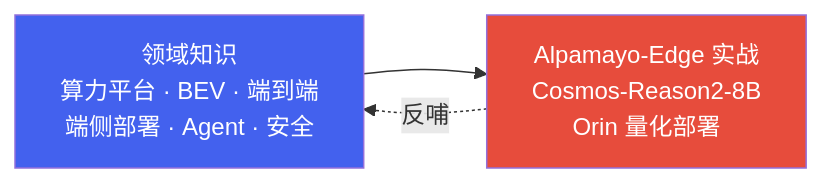
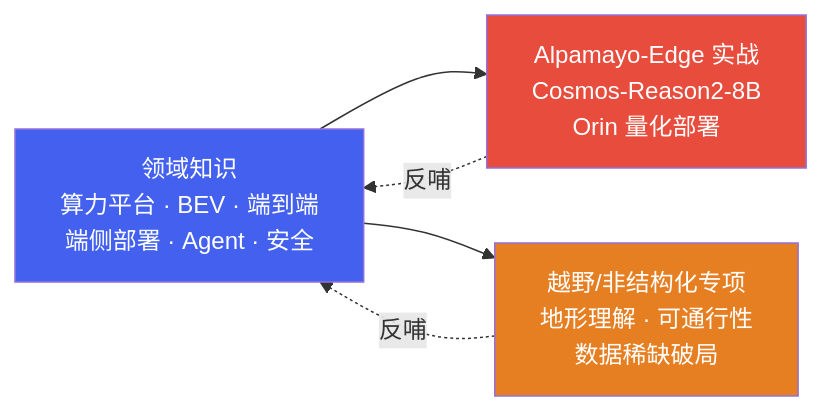
The diagram in ad/overview.md (ranpin/edge-ai-docs), drawn with Mermaid before and after one commit. The commit also changed other lines of this file and 7 other files, not shown here.

````diff
--- a/ad/overview.md
+++ b/ad/overview.md
@@ -14,8 +14,11 @@
 ```mermaid
 flowchart LR
     A["领域知识<br/>算力平台 · BEV · 端到端<br/>端侧部署 · Agent · 安全"] --> B["Alpamayo-Edge 实战<br/>Cosmos-Reason2-8B<br/>Orin 量化部署"]
+    A --> C["越野/非结构化专项<br/>地形理解 · 可通行性<br/>数据稀缺破局"]
     B -.反哺.-> A
+    C -.反哺.-> A
 
     style A fill:#4361ee,color:#fff
     style B fill:#e74c3c,color:#fff
+    style C fill:#e67e22,color:#fff
 ```
````
